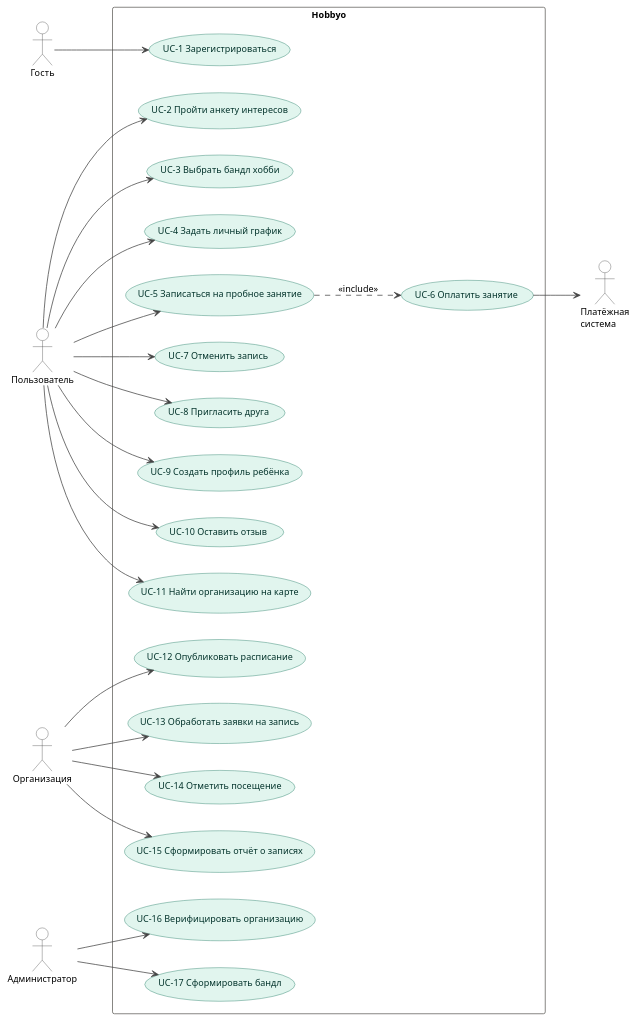
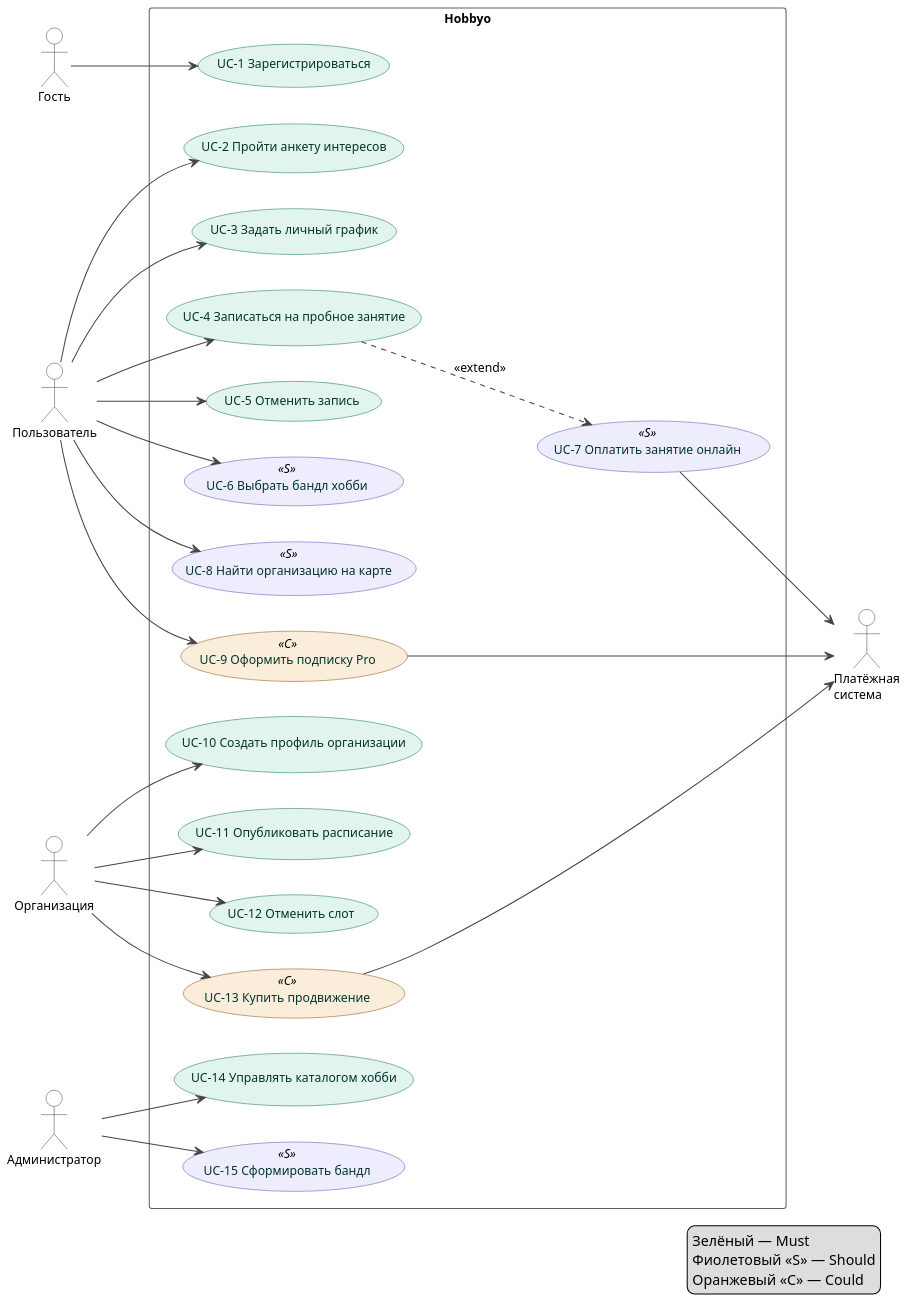
One commit to omniscince/hobbyo changed the diagram in diagrams/use_cases.puml. Above: the diagram before and after it, drawn with PlantUML. The commit also changed 11 other files, not shown here.

```diff
--- a/diagrams/use_cases.puml
+++ b/diagrams/use_cases.puml
@@ -1,64 +1,73 @@
 @startuml use_cases
 skinparam defaultFontName Arial
 skinparam defaultFontSize 12
 skinparam shadowing false
+skinparam dpi 130
 skinparam ArrowColor #444444
 skinparam usecase {
   BackgroundColor #E1F5EE
   BorderColor #0F6E56
   FontColor #04342C
+  BackgroundColor<<S>> #EEEDFE
+  BorderColor<<S>> #534AB7
+  BackgroundColor<<C>> #FAEEDA
+  BorderColor<<C>> #854F0B
 }
 skinparam actor {
   BackgroundColor #FFFFFF
   BorderColor #444444
 }
 skinparam rectangle {
   BorderColor #5F5E5A
 }
 left to right direction
 
 actor "Гость" as G
 actor "Пользователь" as U
 actor "Организация" as O
 actor "Администратор" as A
 actor "Платёжная\nсистема" as PAY
 
 rectangle "Hobbyo" {
   usecase "UC-1 Зарегистрироваться" as UC1
   usecase "UC-2 Пройти анкету интересов" as UC2
-  usecase "UC-3 Выбрать бандл хобби" as UC3
-  usecase "UC-4 Задать личный график" as UC4
-  usecase "UC-5 Записаться на пробное занятие" as UC5
-  usecase "UC-6 Оплатить занятие" as UC6
-  usecase "UC-7 Отменить запись" as UC7
-  usecase "UC-8 Пригласить друга" as UC8
-  usecase "UC-9 Создать профиль ребёнка" as UC9
-  usecase "UC-10 Оставить отзыв" as UC10
-  usecase "UC-11 Найти организацию на карте" as UC11
-  usecase "UC-12 Опубликовать расписание" as UC12
-  usecase "UC-13 Обработать заявки на запись" as UC13
-  usecase "UC-14 Отметить посещение" as UC14
-  usecase "UC-15 Сформировать отчёт о записях" as UC15
-  usecase "UC-16 Верифицировать организацию" as UC16
-  usecase "UC-17 Сформировать бандл" as UC17
+  usecase "UC-3 Задать личный график" as UC3
+  usecase "UC-4 Записаться на пробное занятие" as UC4
+  usecase "UC-5 Отменить запись" as UC5
+  usecase "UC-6 Выбрать бандл хобби" as UC6 <<S>>
+  usecase "UC-7 Оплатить занятие онлайн" as UC7 <<S>>
+  usecase "UC-8 Найти организацию на карте" as UC8 <<S>>
+  usecase "UC-9 Оформить подписку Pro" as UC9 <<C>>
+  usecase "UC-10 Создать профиль организации" as UC10
+  usecase "UC-11 Опубликовать расписание" as UC11
+  usecase "UC-12 Отменить слот" as UC12
+  usecase "UC-13 Купить продвижение" as UC13 <<C>>
+  usecase "UC-14 Управлять каталогом хобби" as UC14
+  usecase "UC-15 Сформировать бандл" as UC15 <<S>>
 }
 
 G --> UC1
 U --> UC2
 U --> UC3
 U --> UC4
 U --> UC5
-U --> UC7
+U --> UC6
 U --> UC8
 U --> UC9
-U --> UC10
-U --> UC11
-UC5 ..> UC6 : <<include>>
-UC6 --> PAY
+UC4 ..> UC7 : <<extend>>
+O --> UC10
+O --> UC11
+O --> UC12
 O --> UC13
-O --> UC12
-O --> UC14
-O --> UC15
-A --> UC16
-A --> UC17
+A --> UC14
+A --> UC15
+UC7 --> PAY
+UC9 --> PAY
+UC13 --> PAY
+
+legend right
+  Зелёный — Must
+  Фиолетовый «S» — Should
+  Оранжевый «C» — Could
+endlegend
 @enduml
```
